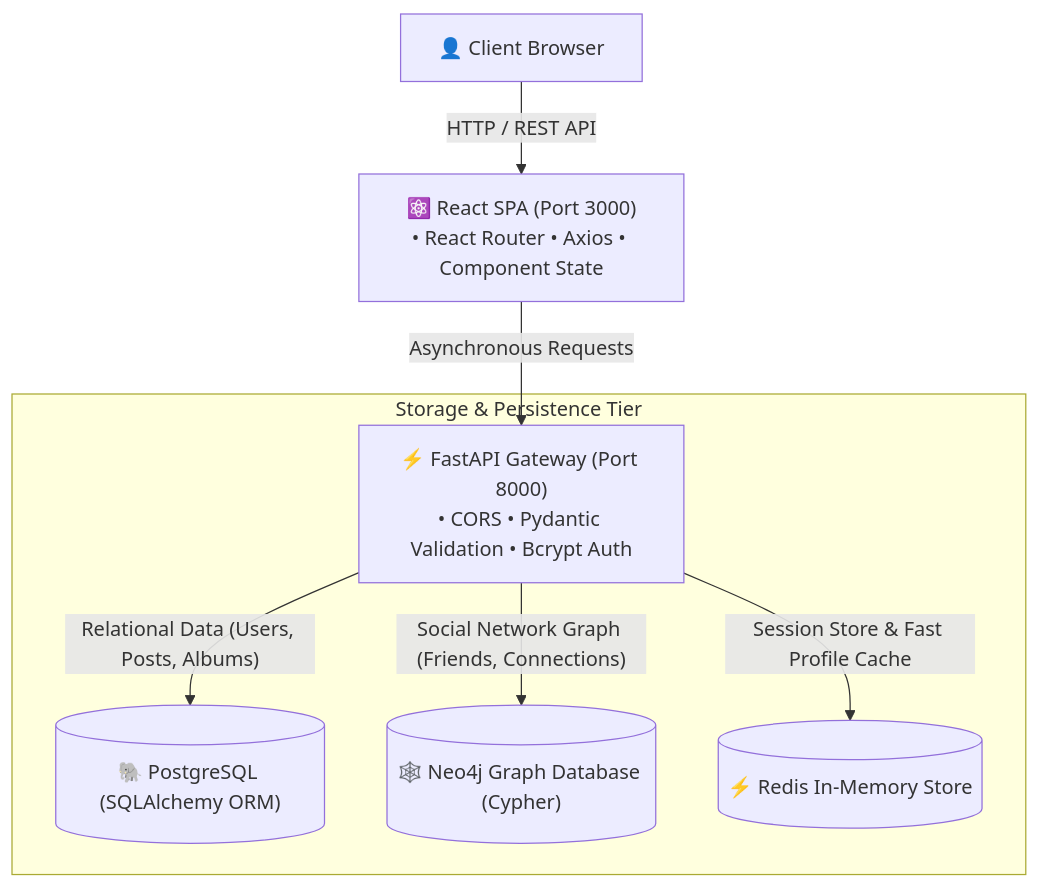
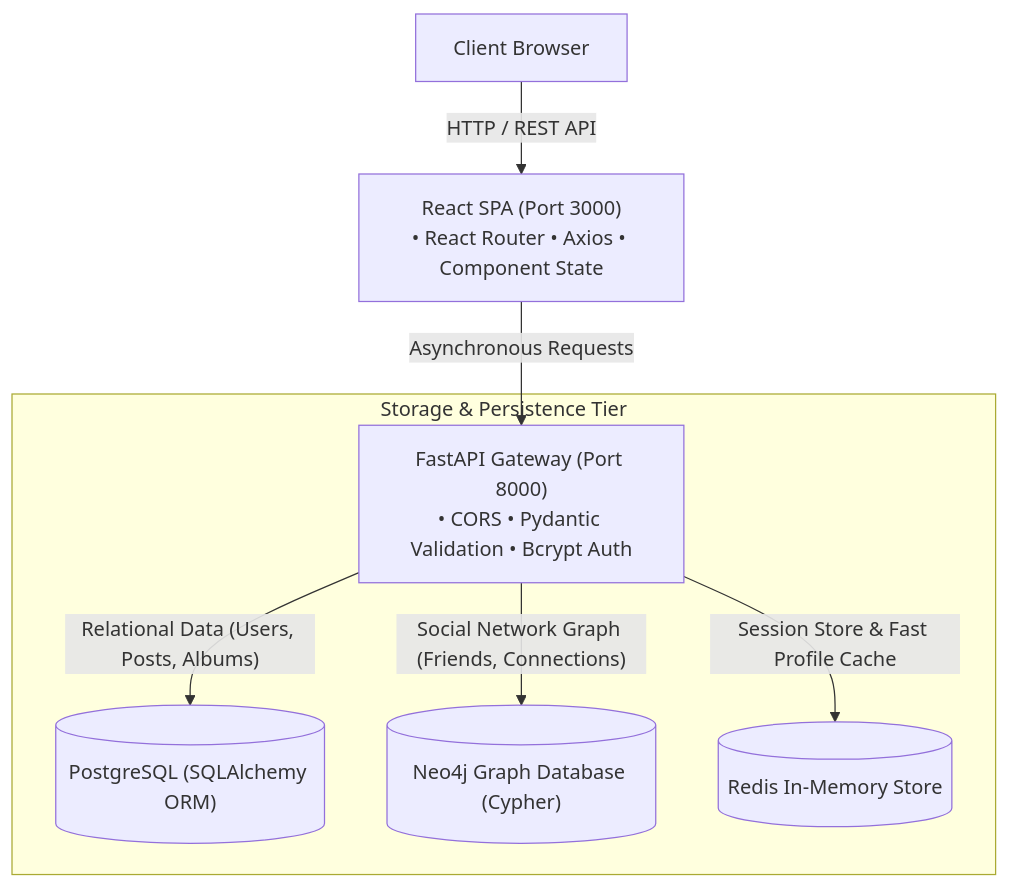
Before and after one commit to GhileaLucian/social-platform-react-fastapi: the diagram in README.md, drawn with Mermaid. The commit also changed other lines of this file, not shown here.

````diff
--- a/README.md
+++ b/README.md
@@ -23,11 +23,11 @@
 ```mermaid
 graph TD
-    User["👤 Client Browser"] -->|"HTTP / REST API"| React["⚛️ React SPA (Port 3000)<br>• React Router • Axios • Component State"]
-    React -->|"Asynchronous Requests"| API["⚡ FastAPI Gateway (Port 8000)<br>• CORS • Pydantic Validation • Bcrypt Auth"]
+    User["Client Browser"] -->|"HTTP / REST API"| React["React SPA (Port 3000)<br>• React Router • Axios • Component State"]
+    React -->|"Asynchronous Requests"| API["FastAPI Gateway (Port 8000)<br>• CORS • Pydantic Validation • Bcrypt Auth"]
     
     subgraph Storage & Persistence Tier
-        API -->|"Relational Data (Users, Posts, Albums)"| PG[("🐘 PostgreSQL (SQLAlchemy ORM)")]
-        API -->|"Social Network Graph (Friends, Connections)"| Neo[("🕸️ Neo4j Graph Database (Cypher)")]
-        API -->|"Session Store & Fast Profile Cache"| Redis[("⚡ Redis In-Memory Store")]
+        API -->|"Relational Data (Users, Posts, Albums)"| PG[("PostgreSQL (SQLAlchemy ORM)")]
+        API -->|"Social Network Graph (Friends, Connections)"| Neo[("Neo4j Graph Database (Cypher)")]
+        API -->|"Session Store & Fast Profile Cache"| Redis[("Redis In-Memory Store")]
     end
 ```
````
